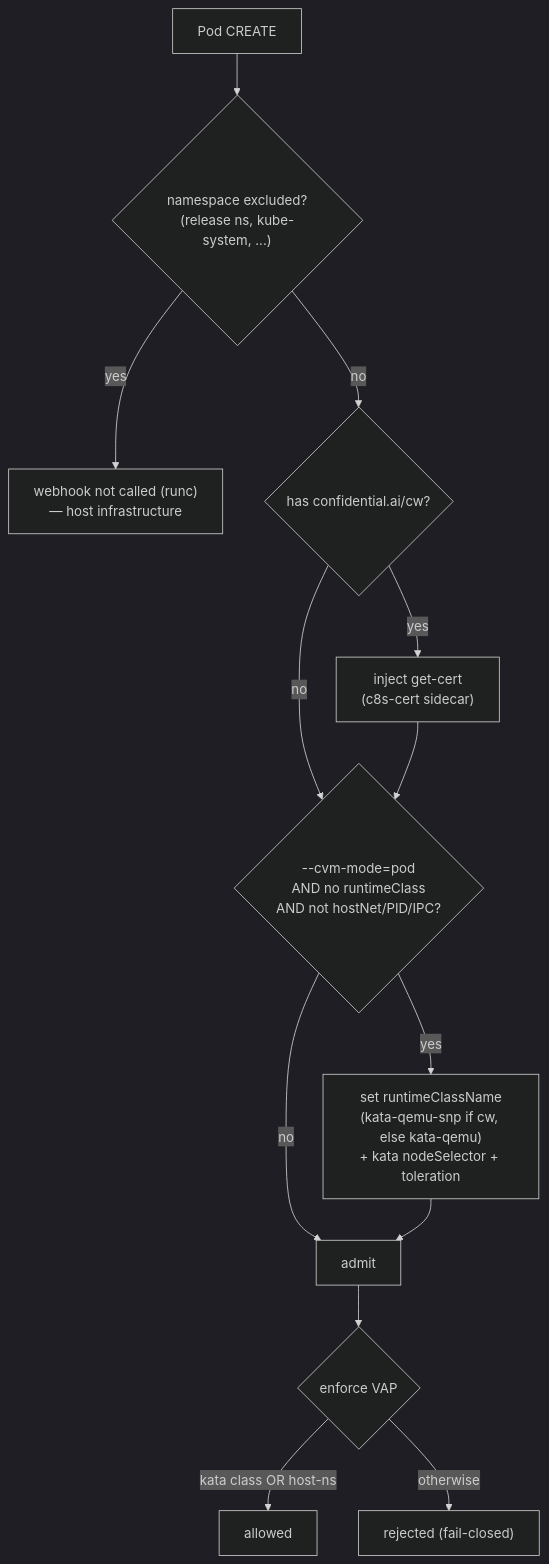
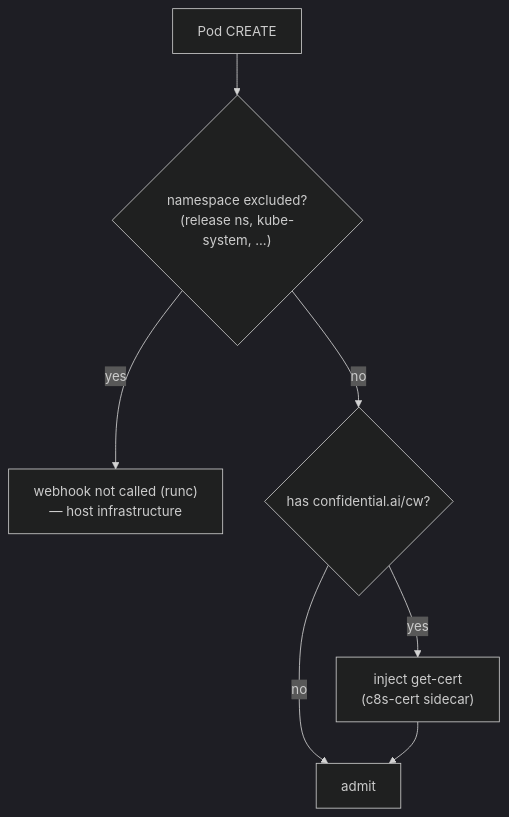
The second of 4 diagrams in docs/install-flows.md (confidential-dot-ai/c8s), drawn with Mermaid (dark theme) before and after one commit. The commit also changed other lines of this file and 268 other files, not shown here.

First line of the commit message:
feat(kata): removed pod-as-cvm construction (#600)

````diff
--- a/docs/install-flows.md
+++ b/docs/install-flows.md
@@ -209,15 +146,9 @@
 ```mermaid
 flowchart TD
     P["Pod CREATE"] --> EX{"namespace excluded?<br/>(release ns, kube-system, ...)"}
     EX -->|yes| PASS["webhook not called (runc)<br/>— host infrastructure"]
     EX -->|no| CW{"has confidential.ai/cw?"}
     CW -->|yes| GC["inject get-cert<br/>(c8s-cert sidecar)"]
-    CW -->|no| RC
-    GC --> RC{"--cvm-mode=pod<br/>AND no runtimeClass<br/>AND not hostNet/PID/IPC?"}
-    RC -->|no| DONE["admit"]
-    RC -->|yes| INJ["set runtimeClassName<br/>(kata-qemu-snp if cw, else kata-qemu)<br/>+ kata nodeSelector + toleration"]
-    INJ --> DONE
-    DONE --> VAP{"enforce VAP"}
-    VAP -->|"kata class OR host-ns"| OK["allowed"]
-    VAP -->|otherwise| REJ["rejected (fail-closed)"]
+    CW -->|no| DONE["admit"]
+    GC --> DONE
 ```
````
